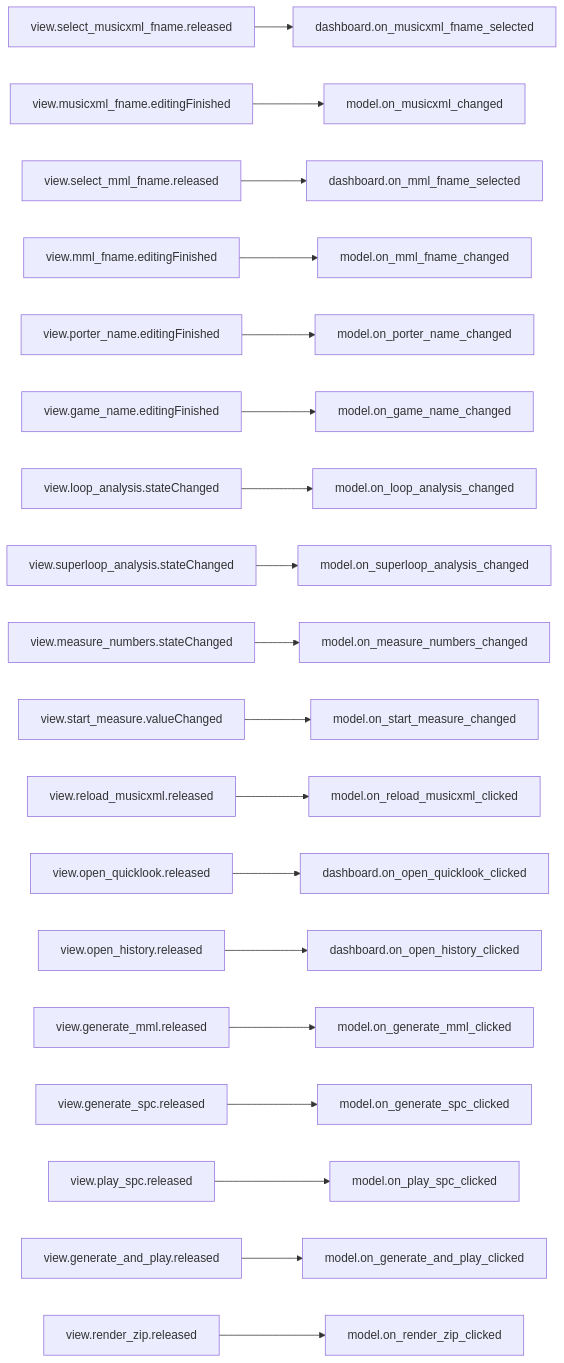
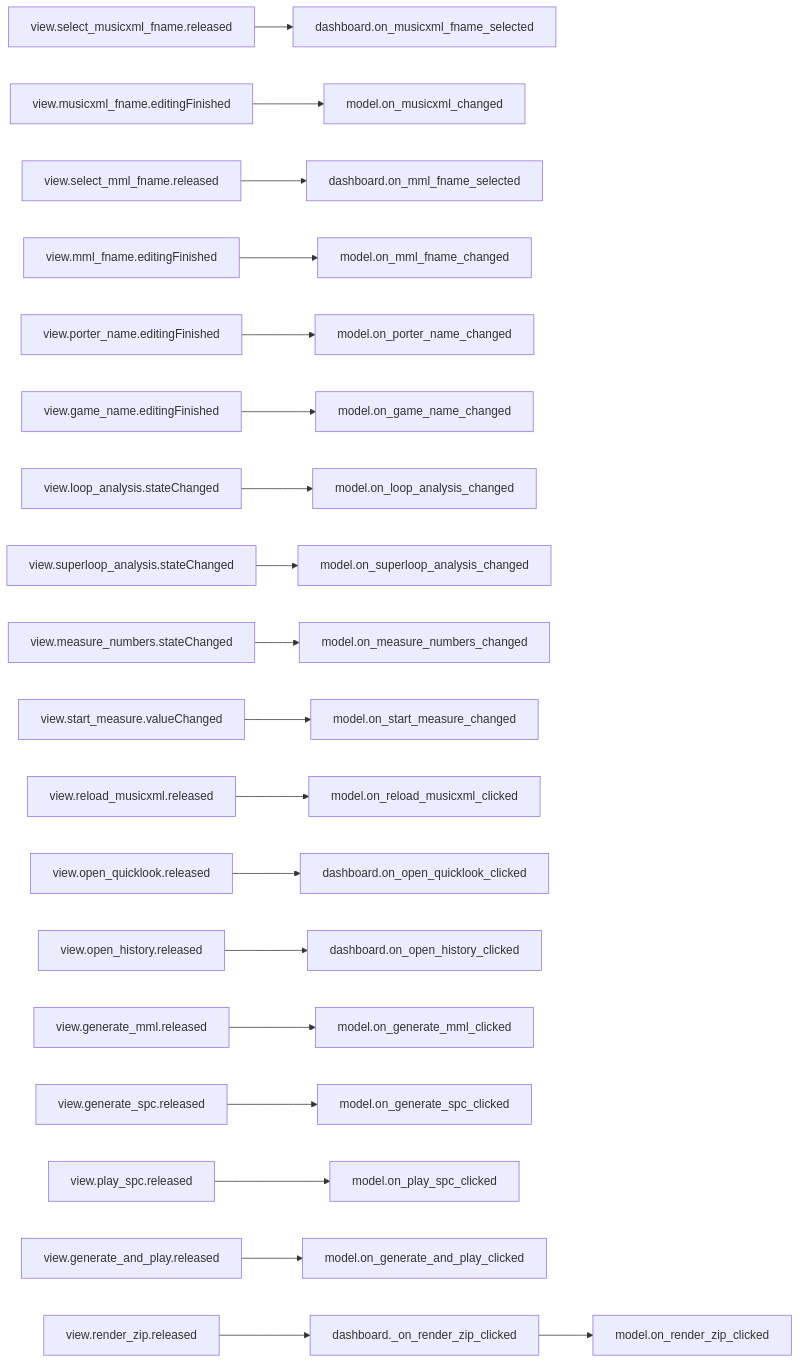
One commit to com-posers-pit/smw_music changed the third of 10 diagrams in doc/source/dashboard_signal_slot_map.rst. Above: the diagram before and after it, drawn with Mermaid. The commit also changed other lines of this file and 6 other files, not shown here.

```diff
--- a/doc/source/dashboard_signal_slot_map.rst
+++ b/doc/source/dashboard_signal_slot_map.rst
@@ -61,21 +61,21 @@
 .. mermaid::
 
    flowchart LR
       view.select_musicxml_fname.released --> dashboard.on_musicxml_fname_selected
       view.musicxml_fname.editingFinished --> model.on_musicxml_changed
       view.select_mml_fname.released --> dashboard.on_mml_fname_selected
       view.mml_fname.editingFinished --> model.on_mml_fname_changed
       view.porter_name.editingFinished --> model.on_porter_name_changed
       view.game_name.editingFinished --> model.on_game_name_changed
       view.loop_analysis.stateChanged --> model.on_loop_analysis_changed
       view.superloop_analysis.stateChanged --> model.on_superloop_analysis_changed
       view.measure_numbers.stateChanged --> model.on_measure_numbers_changed
       view.start_measure.valueChanged --> model.on_start_measure_changed
       view.reload_musicxml.released --> model.on_reload_musicxml_clicked
       view.open_quicklook.released --> dashboard.on_open_quicklook_clicked
       view.open_history.released --> dashboard.on_open_history_clicked
       view.generate_mml.released --> model.on_generate_mml_clicked
       view.generate_spc.released --> model.on_generate_spc_clicked
       view.play_spc.released --> model.on_play_spc_clicked
       view.generate_and_play.released --> model.on_generate_and_play_clicked
-      view.render_zip.released --> model.on_render_zip_clicked
+      view.render_zip.released --> dashboard._on_render_zip_clicked --> model.on_render_zip_clicked
```
